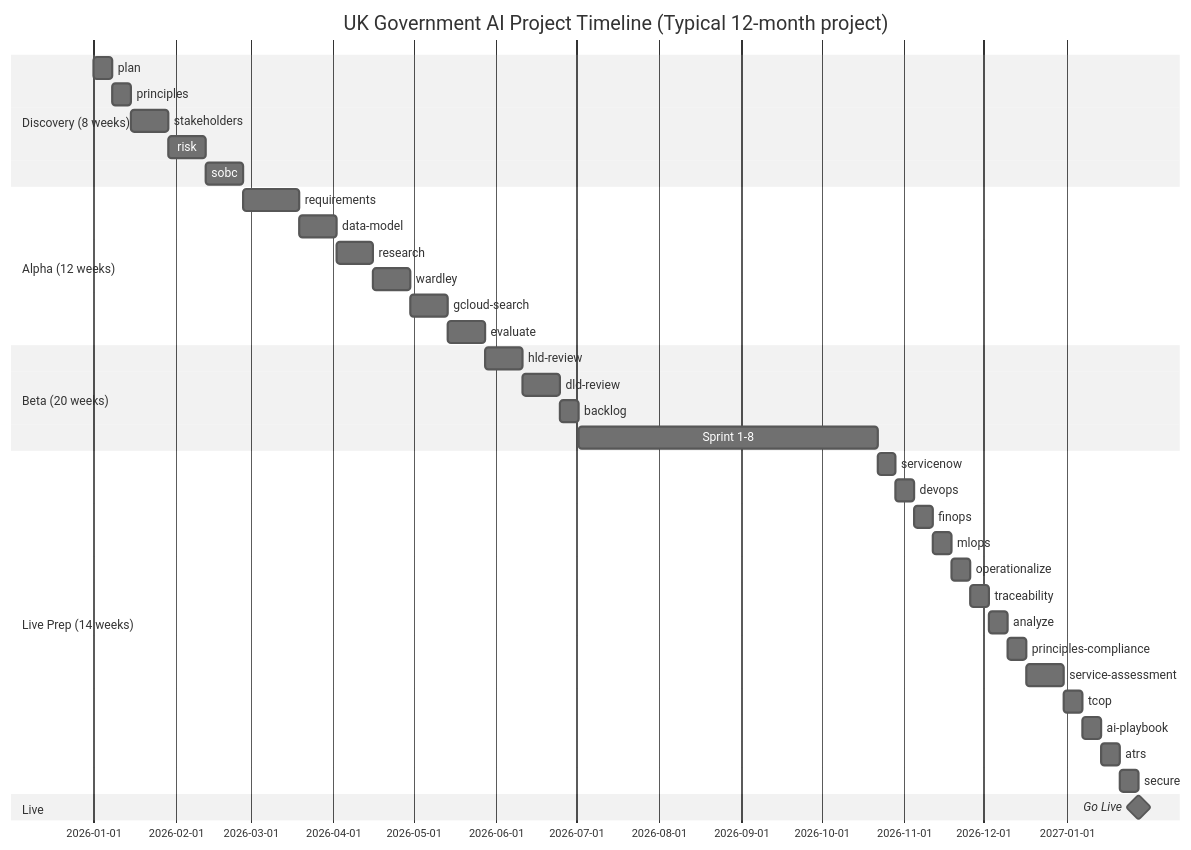
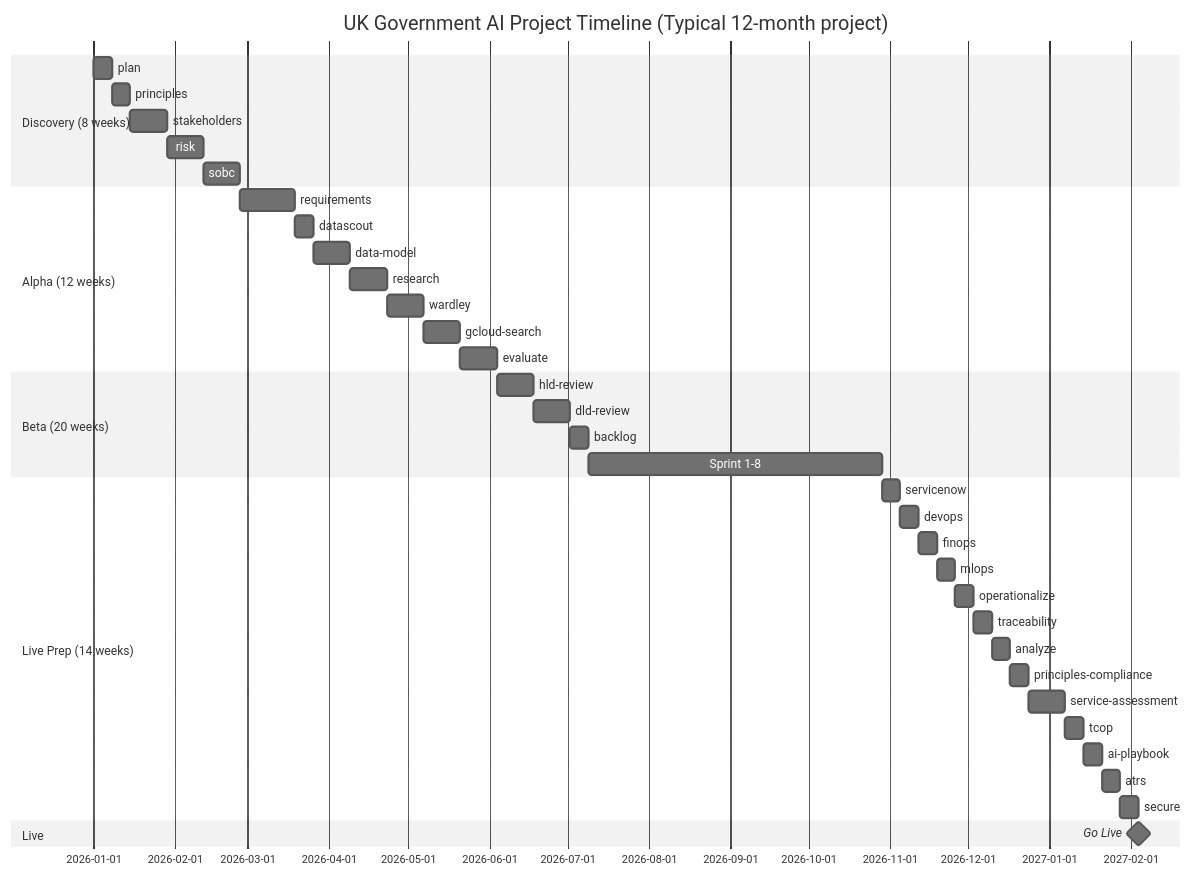
The sixth of 9 diagrams in WORKFLOW-DIAGRAMS.md (tractorjuice/arckit-test-project-v8-ons-data-platform), drawn with Mermaid (neutral theme) before and after one commit. The commit also changed other lines of this file and 7 other files, not shown here.

````diff
--- a/WORKFLOW-DIAGRAMS.md
+++ b/WORKFLOW-DIAGRAMS.md
@@ -561,39 +582,40 @@
 ```mermaid
 gantt
     title UK Government AI Project Timeline (Typical 12-month project)
     dateFormat YYYY-MM-DD
     section Discovery (8 weeks)
     plan                    :a1, 2026-01-01, 1w
     principles              :a2, after a1, 1w
     stakeholders            :a3, after a2, 2w
     risk                    :a4, after a3, 2w
     sobc                    :a5, after a4, 2w
     section Alpha (12 weeks)
     requirements            :b1, after a5, 3w
-    data-model              :b2, after b1, 2w
+    datascout               :b1a, after b1, 1w
+    data-model              :b2, after b1a, 2w
     research                :b3, after b2, 2w
     wardley                 :b4, after b3, 2w
     gcloud-search           :b5, after b4, 2w
     evaluate                :b6, after b5, 2w
     section Beta (20 weeks)
     hld-review              :c1, after b6, 2w
     dld-review              :c2, after c1, 2w
     backlog                 :c3, after c2, 1w
     Sprint 1-8              :c4, after c3, 16w
     section Live Prep (14 weeks)
     servicenow              :d1, after c4, 1w
     devops                  :d1a, after d1, 1w
     finops                  :d1b, after d1a, 1w
     mlops                   :d1c, after d1b, 1w
     operationalize          :d1d, after d1c, 1w
     traceability            :d2, after d1d, 1w
     analyze                 :d3, after d2, 1w
     principles-compliance   :d3a, after d3, 1w
     service-assessment      :d4, after d3a, 2w
     tcop                    :d5, after d4, 1w
     ai-playbook             :d6, after d5, 1w
     atrs                    :d7, after d6, 1w
     secure                  :d8, after d7, 1w
     section Live
     Go Live                 :milestone, after d8, 0d
 ```
````
